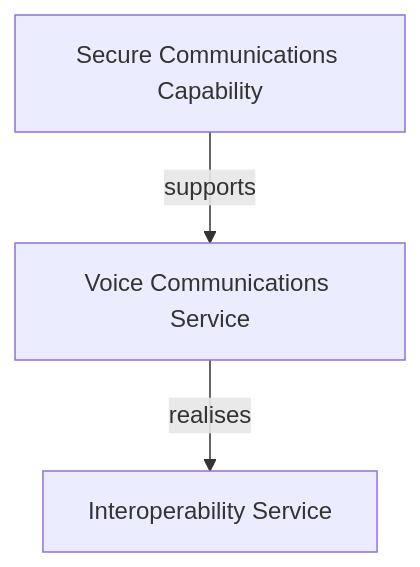
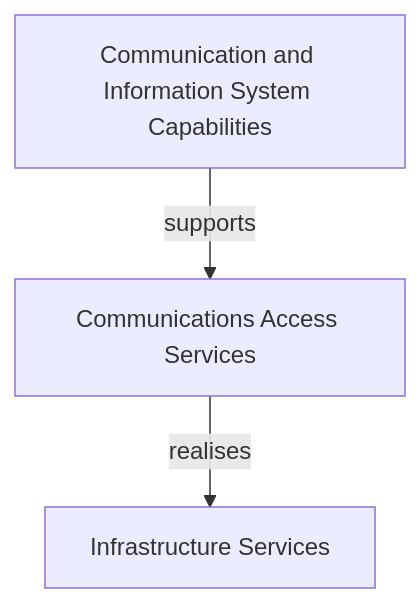
The diagram in docs/EXAMPLES.md (carstenartur/Taxonomy), drawn with Mermaid before and after one commit. The commit also changed other lines of this file and 30 other files, not shown here.

````diff
--- a/docs/EXAMPLES.md
+++ b/docs/EXAMPLES.md
@@ -268,8 +264,8 @@
 ```mermaid
 graph TD
-    CP_x["Secure Communications Capability"]
-    CO_x["Voice Communications Service"]
-    CR_x["Interoperability Service"]
-    CP_x -->|supports| CO_x
-    CO_x -->|realises| CR_x
+    CP-1023["Communication and Information System Capabilities"]
+    CO-1011["Communications Access Services"]
+    CR-1047["Infrastructure Services"]
+    CP-1023 -->|supports| CO-1011
+    CO-1011 -->|realises| CR-1047
 ```
````
